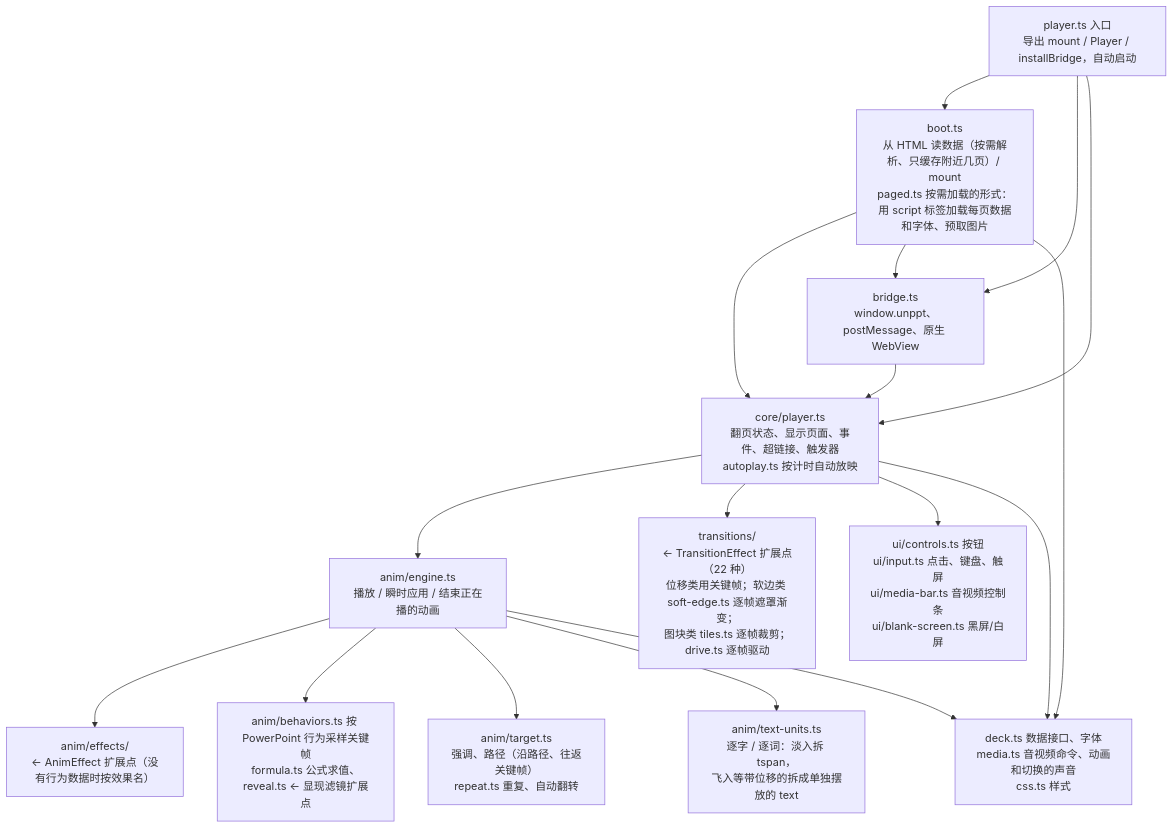
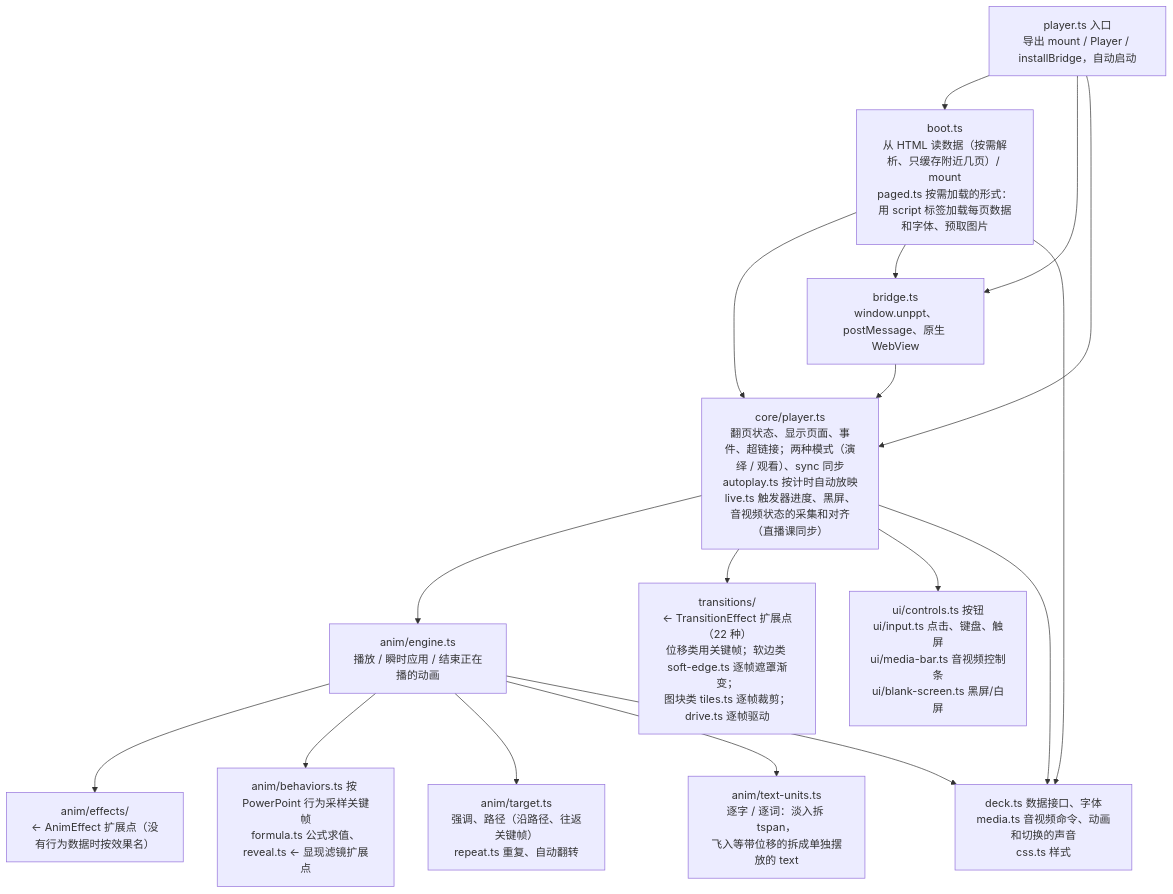
The third of 5 diagrams in docs/architecture.md (spitmaster/unppt), drawn with Mermaid before and after one commit. The commit also changed 8 other files, not shown here.

````diff
--- a/docs/architecture.md
+++ b/docs/architecture.md
@@ -73,20 +73,20 @@
 ```mermaid
 flowchart TB
   entry["player.ts 入口<br/>导出 mount / Player / installBridge，自动启动"]
   boot["boot.ts<br/>从 HTML 读数据（按需解析、只缓存附近几页）/ mount<br/>paged.ts 按需加载的形式：用 script 标签加载每页数据和字体、预取图片"]
   bridge["bridge.ts<br/>window.unppt、postMessage、原生 WebView"]
-  core["core/player.ts<br/>翻页状态、显示页面、事件、超链接、触发器<br/>autoplay.ts 按计时自动放映"]
+  core["core/player.ts<br/>翻页状态、显示页面、事件、超链接；两种模式（演绎 / 观看）、sync 同步<br/>autoplay.ts 按计时自动放映<br/>live.ts 触发器进度、黑屏、音视频状态的采集和对齐（直播课同步）"]
   engine["anim/engine.ts<br/>播放 / 瞬时应用 / 结束正在播的动画"]
   effects["anim/effects/<br/>← AnimEffect 扩展点（没有行为数据时按效果名）"]
   behav["anim/behaviors.ts 按 PowerPoint 行为采样关键帧<br/>formula.ts 公式求值、reveal.ts ← 显现滤镜扩展点"]
   target["anim/target.ts<br/>强调、路径（沿路径、往返关键帧）<br/>repeat.ts 重复、自动翻转"]
   units["anim/text-units.ts<br/>逐字 / 逐词：淡入拆 tspan，<br/>飞入等带位移的拆成单独摆放的 text"]
   trans["transitions/<br/>← TransitionEffect 扩展点（22 种）<br/>位移类用关键帧；软边类 soft-edge.ts 逐帧遮罩渐变；<br/>图块类 tiles.ts 逐帧裁剪；drive.ts 逐帧驱动"]
   ui["ui/controls.ts 按钮<br/>ui/input.ts 点击、键盘、触屏<br/>ui/media-bar.ts 音视频控制条<br/>ui/blank-screen.ts 黑屏/白屏"]
   deck["deck.ts 数据接口、字体<br/>media.ts 音视频命令、动画和切换的声音<br/>css.ts 样式"]
   entry --> boot & bridge & core
   boot --> core & bridge & deck
   bridge --> core
   core --> engine & trans & ui & deck
   engine --> effects & behav & target & units & deck
 ```
````
